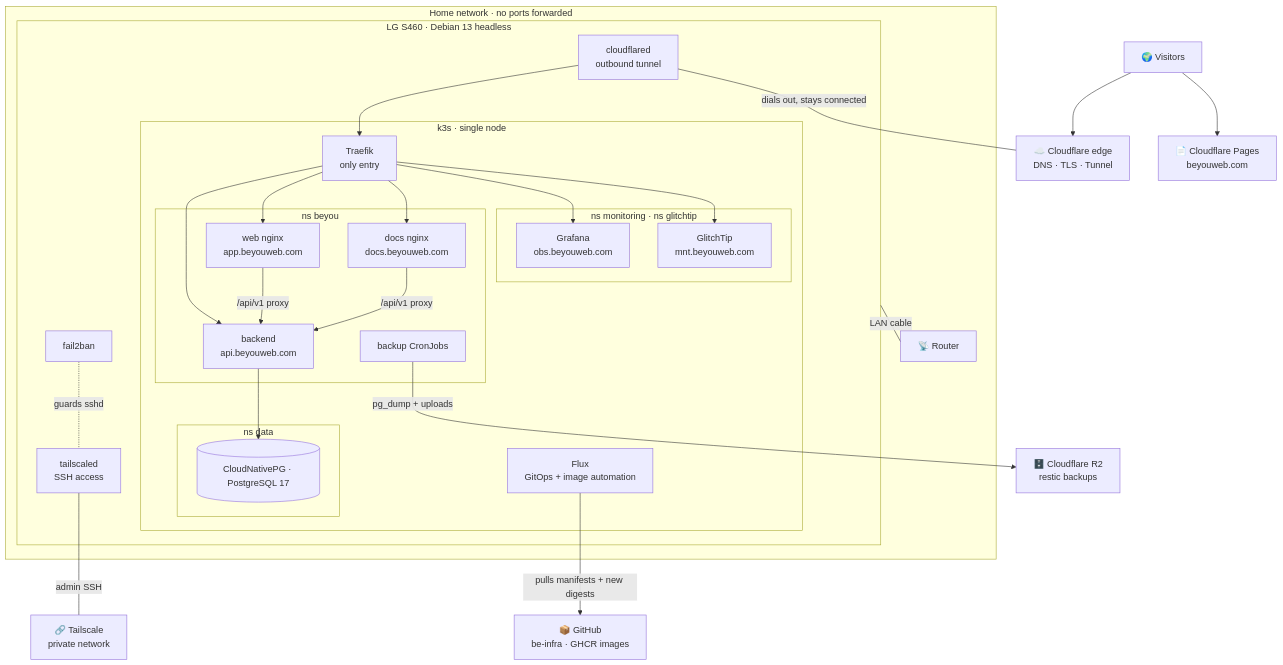
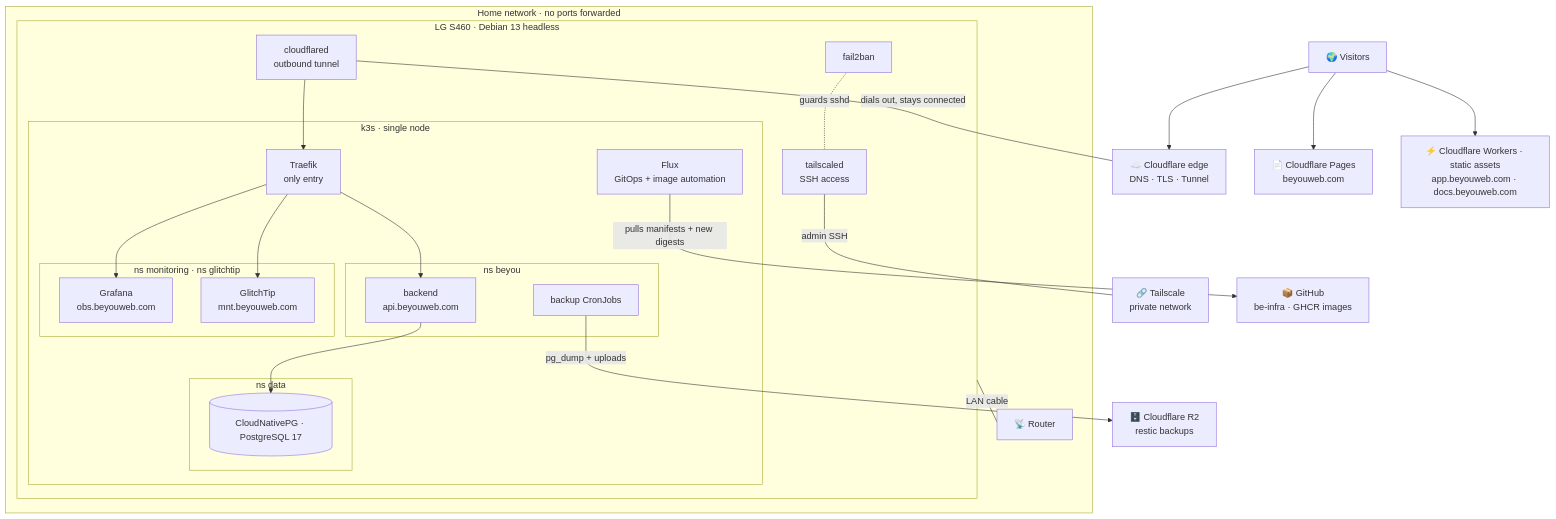
Before and after one commit to AndDev741/Beyou-arch-design: the diagram in architecture/infrastructure/diagram.mmd, drawn with Mermaid. The commit also changed 25 other files, not shown here.

```diff
--- a/architecture/infrastructure/diagram.mmd
+++ b/architecture/infrastructure/diagram.mmd
@@ -1,51 +1,47 @@
 flowchart TB
   U["🌍 Visitors"]
   CF["☁️ Cloudflare edge<br/>DNS · TLS · Tunnel"]
   CP["📄 Cloudflare Pages<br/>beyouweb.com"]
+  CW["⚡ Cloudflare Workers · static assets<br/>app.beyouweb.com · docs.beyouweb.com"]
   TS["🔗 Tailscale<br/>private network"]
   GH["📦 GitHub<br/>be-infra · GHCR images"]
 
   subgraph home["Home network · no ports forwarded"]
     RT["📡 Router"]
     subgraph laptop["LG S460 · Debian 13 headless"]
       CD["cloudflared<br/>outbound tunnel"]
       TSD["tailscaled<br/>SSH access"]
       F2B["fail2ban"]
       subgraph k3s["k3s · single node"]
         FX["Flux<br/>GitOps + image automation"]
         TR["Traefik<br/>only entry"]
         subgraph nsbeyou["ns beyou"]
-          WEBN["web nginx<br/>app.beyouweb.com"]
-          DOCSN["docs nginx<br/>docs.beyouweb.com"]
           BE["backend<br/>api.beyouweb.com"]
           BK["backup CronJobs"]
         end
         subgraph nsdata["ns data"]
           DB[("CloudNativePG · PostgreSQL 17")]
         end
         subgraph nsmon["ns monitoring · ns glitchtip"]
           GF["Grafana<br/>obs.beyouweb.com"]
           GT["GlitchTip<br/>mnt.beyouweb.com"]
         end
       end
     end
   end
   R2["🗄️ Cloudflare R2<br/>restic backups"]
 
   U --> CF
   U --> CP
+  U --> CW
   laptop ---|"LAN cable"| RT
   F2B -.-|"guards sshd"| TSD
   CD ---|"dials out, stays connected"| CF
   CD --> TR
-  TR --> WEBN
-  TR --> DOCSN
   TR --> BE
   TR --> GF
   TR --> GT
-  WEBN -->|"/api/v1 proxy"| BE
-  DOCSN -->|"/api/v1 proxy"| BE
   BE --> DB
   BK -->|"pg_dump + uploads"| R2
   TSD ---|"admin SSH"| TS
   FX -->|"pulls manifests + new digests"| GH
```
